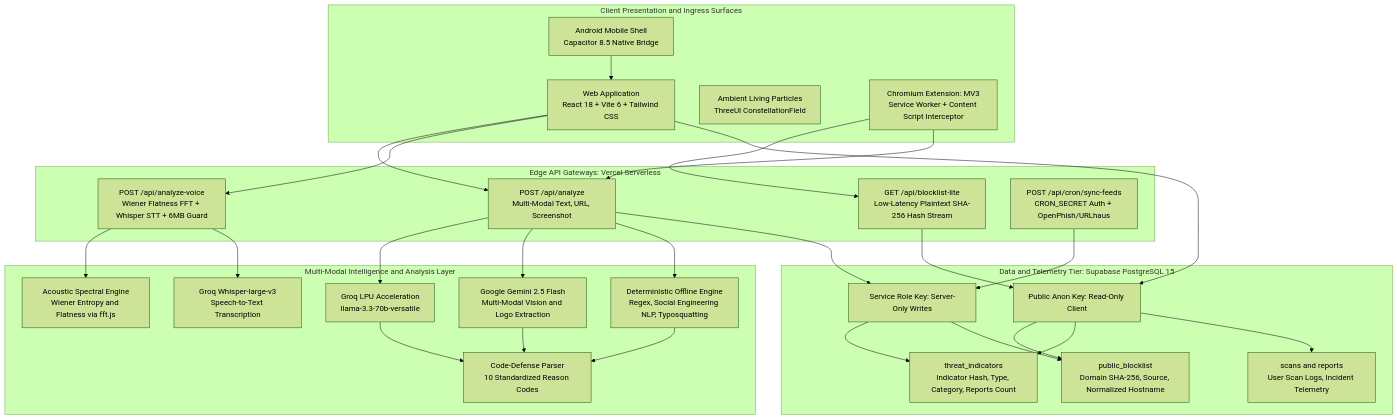
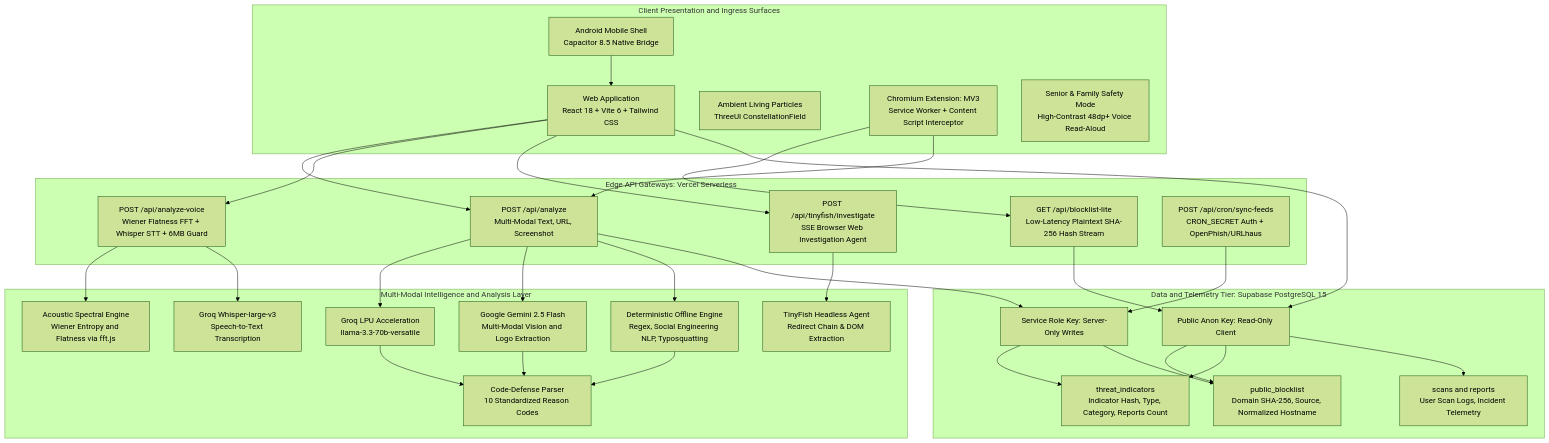
Before and after one commit to sidhinath/trust-break-ai: the first of 2 diagrams in docs/ARCHITECTURE.md, drawn with Mermaid (forest theme). The commit also changed other lines of this file and 106 other files, not shown here.

````diff
--- a/docs/ARCHITECTURE.md
+++ b/docs/ARCHITECTURE.md
@@ -7,59 +7,64 @@
 ```mermaid
 flowchart TB
     subgraph ClientSurfaces["Client Presentation and Ingress Surfaces"]
         Web["Web Application<br/>React 18 + Vite 6 + Tailwind CSS"]
         Shaders["Ambient Living Particles<br/>ThreeUI ConstellationField"]
         Mobile["Android Mobile Shell<br/>Capacitor 8.5 Native Bridge"]
         Ext["Chromium Extension: MV3<br/>Service Worker + Content Script Interceptor"]
+        SeniorView["Senior & Family Safety Mode<br/>High-Contrast 48dp+ Voice Read-Aloud"]
     end
 
     subgraph EdgeGateways["Edge API Gateways: Vercel Serverless"]
         AnalyzeGW["POST /api/analyze<br/>Multi-Modal Text, URL, Screenshot"]
         VoiceGW["POST /api/analyze-voice<br/>Wiener Flatness FFT + Whisper STT + 6MB Guard"]
+        TinyFishGW["POST /api/tinyfish/investigate<br/>SSE Browser Web Investigation Agent"]
         BlocklistGW["GET /api/blocklist-lite<br/>Low-Latency Plaintext SHA-256 Hash Stream"]
         CronGW["POST /api/cron/sync-feeds<br/>CRON_SECRET Auth + OpenPhish/URLhaus"]
     end
 
     subgraph IntelligenceLayer["Multi-Modal Intelligence and Analysis Layer"]
         Groq["Groq LPU Acceleration<br/>llama-3.3-70b-versatile"]
         Gemini["Google Gemini 2.5 Flash<br/>Multi-Modal Vision and Logo Extraction"]
         Whisper["Groq Whisper-large-v3<br/>Speech-to-Text Transcription"]
+        TinyFishAgent["TinyFish Headless Agent<br/>Redirect Chain & DOM Extraction"]
         FFT["Acoustic Spectral Engine<br/>Wiener Entropy and Flatness via fft.js"]
         ReasonCodes["Code-Defense Parser<br/>10 Standardized Reason Codes"]
         Heuristics["Deterministic Offline Engine<br/>Regex, Social Engineering NLP, Typosquatting"]
     end
 
     subgraph PersistenceLayer["Data and Telemetry Tier: Supabase PostgreSQL 15"]
         AnonClient["Public Anon Key: Read-Only Client"]
         ServiceRoleClient["Service Role Key: Server-Only Writes"]
         ThreatIndicators["threat_indicators<br/>Indicator Hash, Type, Category, Reports Count"]
         PublicBlocklist["public_blocklist<br/>Domain SHA-256, Source, Normalized Hostname"]
         UserTelemetry["scans and reports<br/>User Scan Logs, Incident Telemetry"]
     end
 
     Web --> AnalyzeGW
     Web --> VoiceGW
+    Web --> TinyFishGW
     Mobile --> Web
     Ext --> BlocklistGW
     Ext --> AnalyzeGW
 
     AnalyzeGW --> Groq
     AnalyzeGW --> Gemini
     AnalyzeGW --> Heuristics
+    TinyFishGW --> TinyFishAgent
     VoiceGW --> FFT
     VoiceGW --> Whisper
     Groq --> ReasonCodes
     Gemini --> ReasonCodes
     Heuristics --> ReasonCodes
 
     AnalyzeGW --> ServiceRoleClient
     CronGW --> ServiceRoleClient
     BlocklistGW --> AnonClient
     Web --> AnonClient
 
     AnonClient --> PublicBlocklist
     AnonClient --> ThreatIndicators
     ServiceRoleClient --> ThreatIndicators
     ServiceRoleClient --> PublicBlocklist
     AnonClient --> UserTelemetry
 ```
````
